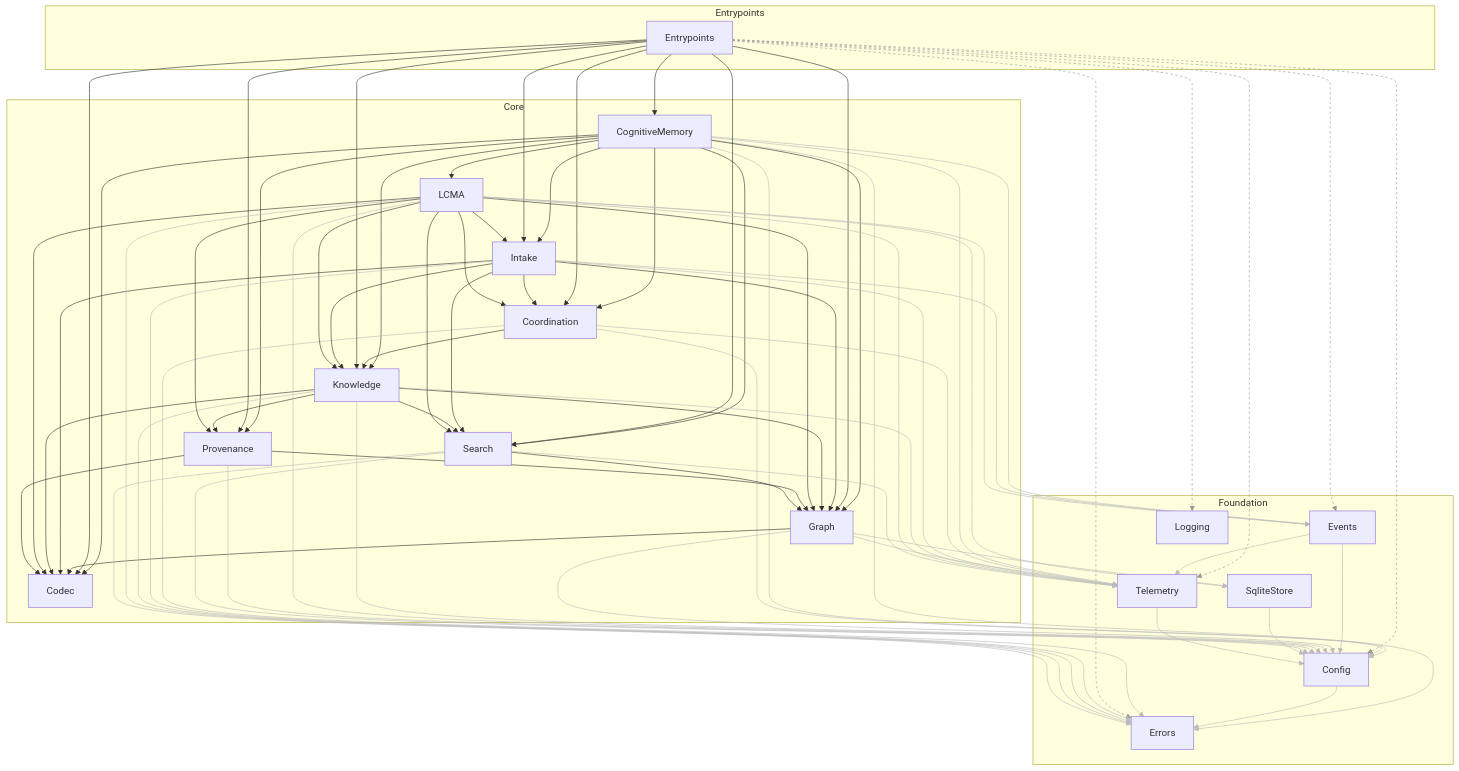
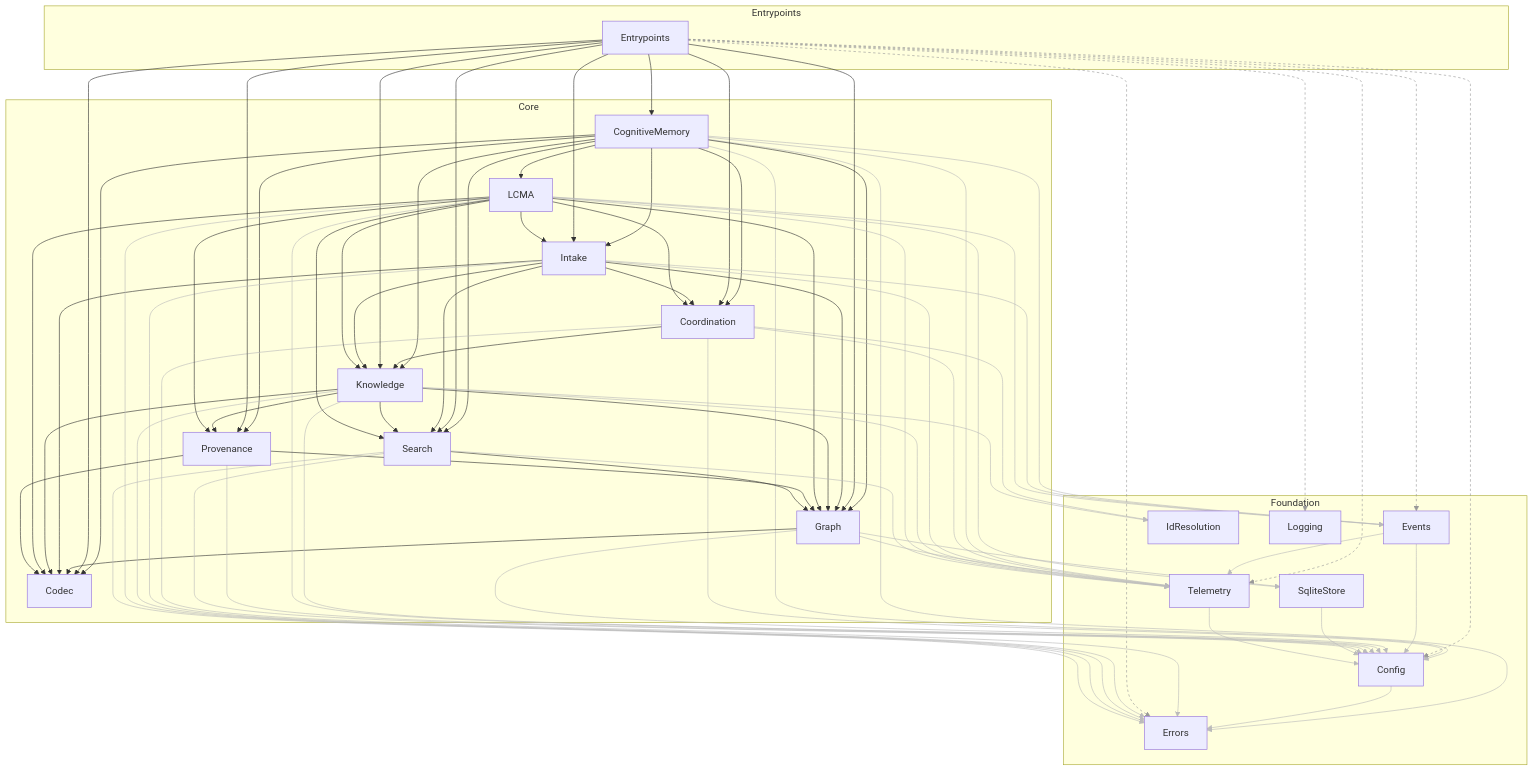
The diagram in docs/generated/architecture.md (agent-lore/lithos), drawn with Mermaid before and after one commit. The commit also changed 38 other files, not shown here.

````diff
--- a/docs/generated/architecture.md
+++ b/docs/generated/architecture.md
@@ -23,6 +23,7 @@
     Config
     Errors
     Events
+    IdResolution
     Logging
     SqliteStore
     Telemetry
@@ -35,6 +36,7 @@
   click Errors "components/Errors.md"
   click Events "components/Events.md"
   click Graph "components/Graph.md"
+  click IdResolution "components/IdResolution.md"
   click Intake "components/Intake.md"
   click Knowledge "components/Knowledge.md"
   click LCMA "components/LCMA.md"
@@ -58,6 +60,7 @@
   Config --> Errors
   Coordination --> Config
   Coordination --> Errors
+  Coordination --> IdResolution
   Coordination --> Knowledge
   Coordination --> Telemetry
   Entrypoints --> Codec
@@ -91,6 +94,7 @@
   Knowledge --> Config
   Knowledge --> Errors
   Knowledge --> Graph
+  Knowledge --> IdResolution
   Knowledge --> Provenance
   Knowledge --> Search
   Knowledge --> Telemetry
@@ -122,32 +126,34 @@
   linkStyle 12 stroke:#bbb
   linkStyle 13 stroke:#bbb
   linkStyle 14 stroke:#bbb
-  linkStyle 16 stroke:#bbb
-  linkStyle 19 stroke:#999,stroke-dasharray:4
-  linkStyle 21 stroke:#999,stroke-dasharray:4
+  linkStyle 15 stroke:#bbb
+  linkStyle 17 stroke:#bbb
+  linkStyle 20 stroke:#999,stroke-dasharray:4
   linkStyle 22 stroke:#999,stroke-dasharray:4
-  linkStyle 26 stroke:#999,stroke-dasharray:4
-  linkStyle 29 stroke:#999,stroke-dasharray:4
-  linkStyle 30 stroke:#bbb
+  linkStyle 23 stroke:#999,stroke-dasharray:4
+  linkStyle 27 stroke:#999,stroke-dasharray:4
+  linkStyle 30 stroke:#999,stroke-dasharray:4
   linkStyle 31 stroke:#bbb
-  linkStyle 33 stroke:#bbb
+  linkStyle 32 stroke:#bbb
   linkStyle 34 stroke:#bbb
   linkStyle 35 stroke:#bbb
-  linkStyle 38 stroke:#bbb
+  linkStyle 36 stroke:#bbb
   linkStyle 39 stroke:#bbb
-  linkStyle 43 stroke:#bbb
-  linkStyle 45 stroke:#bbb
+  linkStyle 40 stroke:#bbb
+  linkStyle 44 stroke:#bbb
   linkStyle 46 stroke:#bbb
-  linkStyle 50 stroke:#bbb
+  linkStyle 47 stroke:#bbb
+  linkStyle 49 stroke:#bbb
   linkStyle 52 stroke:#bbb
   linkStyle 54 stroke:#bbb
-  linkStyle 55 stroke:#bbb
-  linkStyle 61 stroke:#bbb
-  linkStyle 62 stroke:#bbb
+  linkStyle 56 stroke:#bbb
+  linkStyle 57 stroke:#bbb
+  linkStyle 63 stroke:#bbb
   linkStyle 64 stroke:#bbb
   linkStyle 66 stroke:#bbb
-  linkStyle 67 stroke:#bbb
+  linkStyle 68 stroke:#bbb
   linkStyle 69 stroke:#bbb
-  linkStyle 70 stroke:#bbb
   linkStyle 71 stroke:#bbb
+  linkStyle 72 stroke:#bbb
+  linkStyle 73 stroke:#bbb
 ```
````
